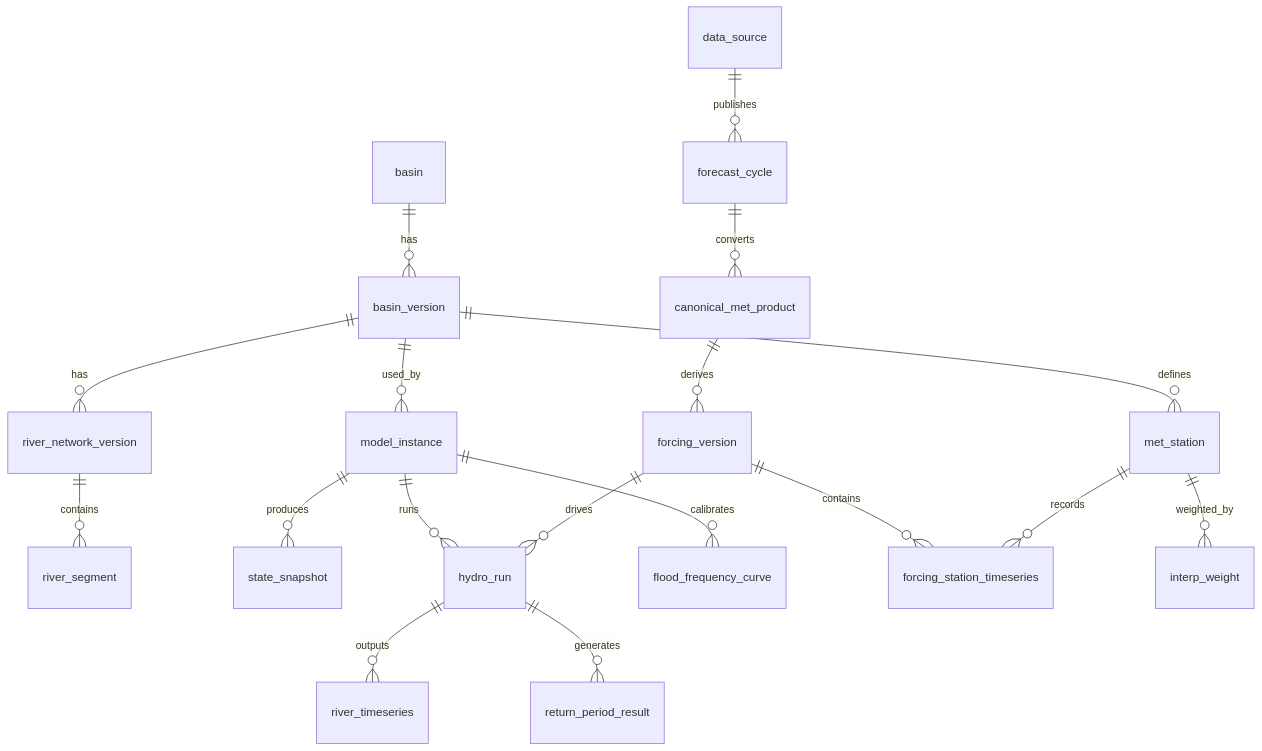
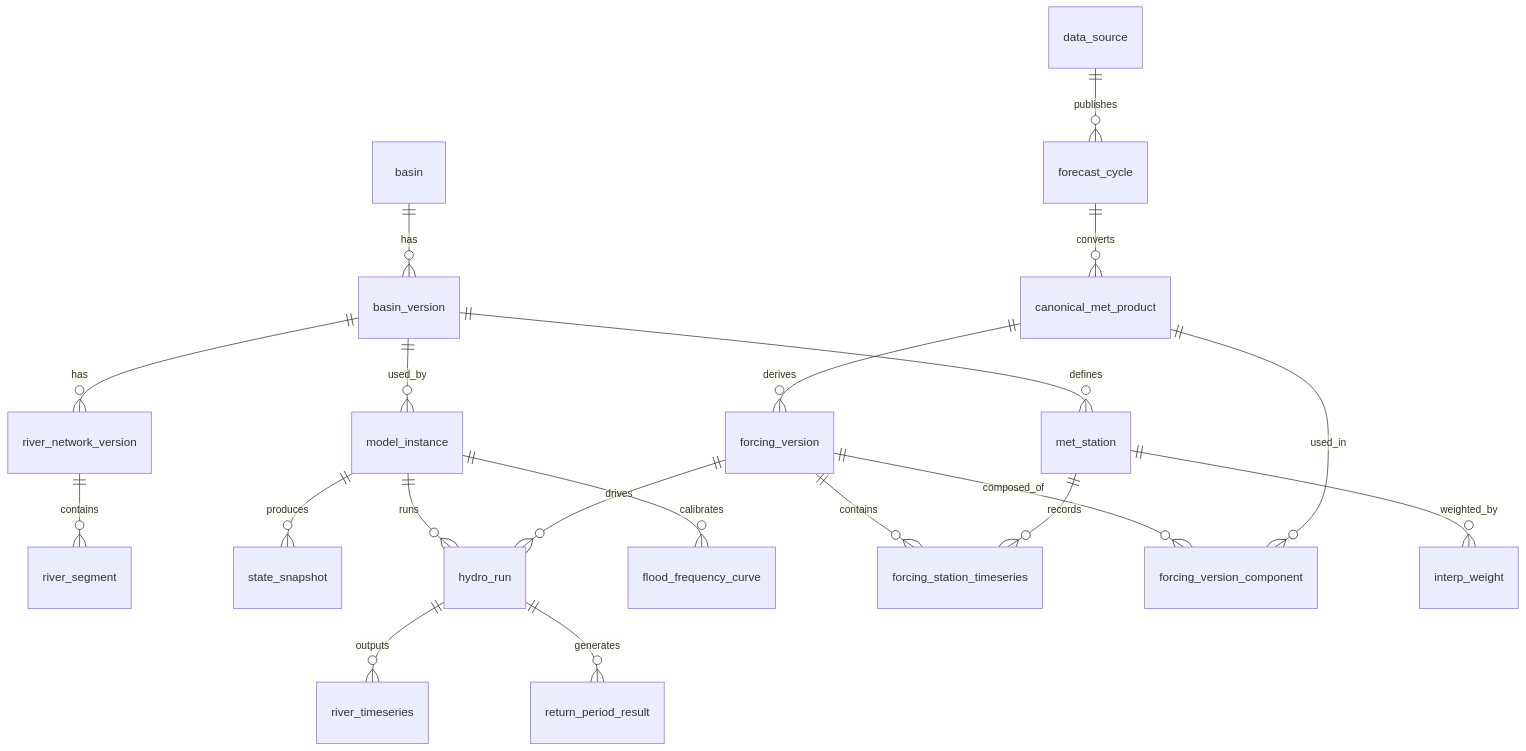
The diagram in docs/spec/03_database_design.md (DankerMu/SHUD-NWM), drawn with Mermaid before and after one commit. The commit also changed other lines of this file and 41 other files, not shown here.

````diff
--- a/docs/spec/03_database_design.md
+++ b/docs/spec/03_database_design.md
@@ -27,20 +27,22 @@
 ```mermaid
 erDiagram
   basin ||--o{ basin_version : has
   basin_version ||--o{ river_network_version : has
   basin_version ||--o{ met_station : defines
   river_network_version ||--o{ river_segment : contains
   basin_version ||--o{ model_instance : used_by
   model_instance ||--o{ state_snapshot : produces
   model_instance ||--o{ hydro_run : runs
   hydro_run ||--o{ river_timeseries : outputs
   hydro_run ||--o{ return_period_result : generates
   model_instance ||--o{ flood_frequency_curve : calibrates
   data_source ||--o{ forecast_cycle : publishes
   forecast_cycle ||--o{ canonical_met_product : converts
   canonical_met_product ||--o{ forcing_version : derives
   forcing_version ||--o{ hydro_run : drives
   forcing_version ||--o{ forcing_station_timeseries : contains
+  forcing_version ||--o{ forcing_version_component : composed_of
+  canonical_met_product ||--o{ forcing_version_component : used_in
   met_station ||--o{ interp_weight : weighted_by
   met_station ||--o{ forcing_station_timeseries : records
 ```
````
